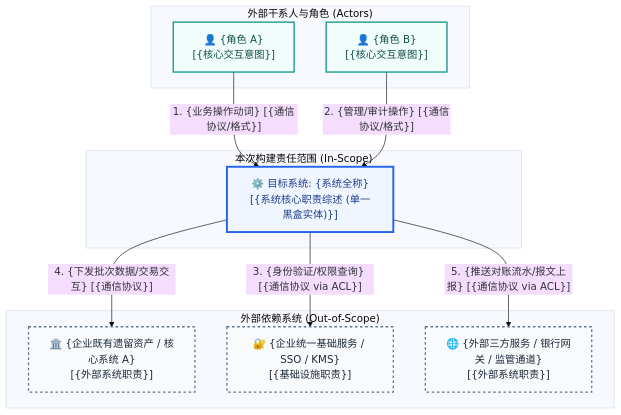
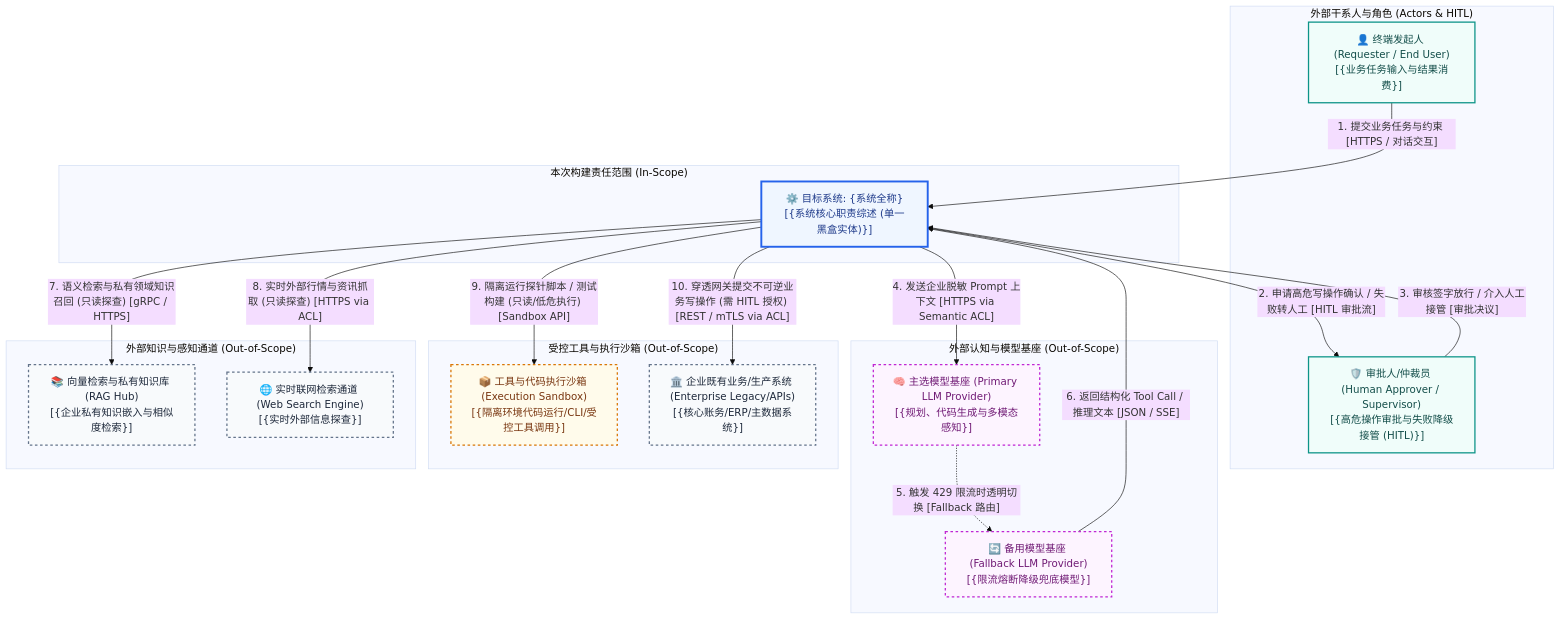
One commit to swizardlv/architect_skill changed the diagram in templates/system-context-template.md. Above: the diagram before and after it, drawn with Mermaid (base theme). The commit also changed other lines of this file and 3 other files, not shown here.

Commit message:
feat(agent): enhance system context with Agent AI topology, sandbox side-effects, and blast radius walkthrough

````diff
--- a/templates/system-context-template.md
+++ b/templates/system-context-template.md
@@ -10,29 +10,48 @@
 ```mermaid
 flowchart TD
     %% 样式表注入
     classDef personStyle fill:#f0fdfa,stroke:#0d9488,stroke-width:2px,color:#134e4a;
     classDef coreStyle fill:#eff6ff,stroke:#2563eb,stroke-width:3px,color:#1e3a8a;
     classDef extStyle fill:#f8fafc,stroke:#64748b,stroke-width:2px,stroke-dasharray: 4 4,color:#1e293b;
+    classDef aiStyle fill:#fdf4ff,stroke:#c026d3,stroke-width:2px,stroke-dasharray: 4 4,color:#701a75;
+    classDef sandboxStyle fill:#fffbeb,stroke:#d97706,stroke-width:2px,stroke-dasharray: 4 4,color:#78350f;
 
-    subgraph Actors ["外部干系人与角色 (Actors)"]
-        actorA["👤 {角色 A}<br/>[{核心交互意图}]"]:::personStyle
-        actorB["👤 {角色 B}<br/>[{核心交互意图}]"]:::personStyle
+    subgraph Actors ["外部干系人与角色 (Actors & HITL)"]
+        endUser["👤 终端发起人 (Requester / End User)<br/>[{业务任务输入与结果消费}]"]:::personStyle
+        approver["🛡️ 审批人/仲裁员 (Human Approver / Supervisor)<br/>[{高危操作审批与失败降级接管 (HITL)}]"]:::personStyle
     end
 
     subgraph Boundary ["本次构建责任范围 (In-Scope)"]
         system["⚙️ 目标系统: {系统全称}<br/>[{系统核心职责综述 (单一黑盒实体)}]"]:::coreStyle
     end
 
-    subgraph ExternalSystems ["外部依赖系统 (Out-of-Scope)"]
-        extSysA["🏛️ {企业既有遗留资产 / 核心系统 A}<br/>[{外部系统职责}]"]:::extStyle
-        extSysB["🔐 {企业统一基础服务 / SSO / KMS}<br/>[{基础设施职责}]"]:::extStyle
-        extSysC["🌐 {外部三方服务 / 银行网关 / 监管通道}<br/>[{外部系统职责}]"]:::extStyle
+    subgraph ExternalAIEngines ["外部认知与模型基座 (Out-of-Scope)"]
+        primaryLLM["🧠 主选模型基座 (Primary LLM Provider)<br/>[{规划、代码生成与多模态感知}]"]:::aiStyle
+        fallbackLLM["🔄 备用模型基座 (Fallback LLM Provider)<br/>[{限流熔断降级兜底模型}]"]:::aiStyle
     end
 
-    %% 交互调用连线 (带明确语义、协议与方向)
-    actorA -->|"1. {业务操作动词} [{通信协议/格式}]"| system
-    actorB -->|"2. {管理/审计操作} [{通信协议/格式}]"| system
-    system -->|"3. {身份验证/权限查询} [{通信协议 via ACL}]"| extSysB
-    system -->|"4. {下发批次数据/交易交互} [{通信协议}]"| extSysA
-    system -->|"5. {推送对账流水/报文上报} [{通信协议 via ACL}]"| extSysC
+    subgraph ExternalActuators ["受控工具与执行沙箱 (Out-of-Scope)"]
+        toolSandbox["📦 工具与代码执行沙箱 (Execution Sandbox)<br/>[{隔离环境代码运行/CLI/受控工具调用}]"]:::sandboxStyle
+        businessLegacy["🏛️ 企业既有业务/生产系统 (Enterprise Legacy/APIs)<br/>[{核心账务/ERP/主数据系统}]"]:::extStyle
+    end
+
+    subgraph ExternalKnowledge ["外部知识与感知通道 (Out-of-Scope)"]
+        ragHub["📚 向量检索与私有知识库 (RAG Hub)<br/>[{企业私有知识嵌入与相似度检索}]"]:::extStyle
+        searchEngine["🌐 实时联网检索通道 (Web Search Engine)<br/>[{实时外部信息探查}]"]:::extStyle
+    end
+
+    %% 交互调用连线 (明确标注数据属性、协议、只读探查与不可逆副作用)
+    endUser -->|"1. 提交业务任务与约束 [HTTPS / 对话交互]"| system
+    system -->|"2. 申请高危写操作确认 / 失败转人工 [HITL 审批流]"| approver
+    approver -->|"3. 审核签字放行 / 介入人工接管 [审批决议]"| system
+
+    system -->|"4. 发送企业脱敏 Prompt 上下文 [HTTPS via Semantic ACL]"| primaryLLM
+    primaryLLM -.->|"5. 触发 429 限流时透明切换 [Fallback 路由]"| fallbackLLM
+    fallbackLLM -->|"6. 返回结构化 Tool Call / 推理文本 [JSON / SSE]"| system
+
+    system -->|"7. 语义检索与私有领域知识召回 (只读探查) [gRPC / HTTPS]"| ragHub
+    system -->|"8. 实时外部行情与资讯抓取 (只读探查) [HTTPS via ACL]"| searchEngine
+
+    system -->|"9. 隔离运行探针脚本 / 测试构建 (只读/低危执行) [Sandbox API]"| toolSandbox
+    system -->|"10. 穿透网关提交不可逆业务写操作 (需 HITL 授权) [REST / mTLS via ACL]"| businessLegacy
 ```
````
